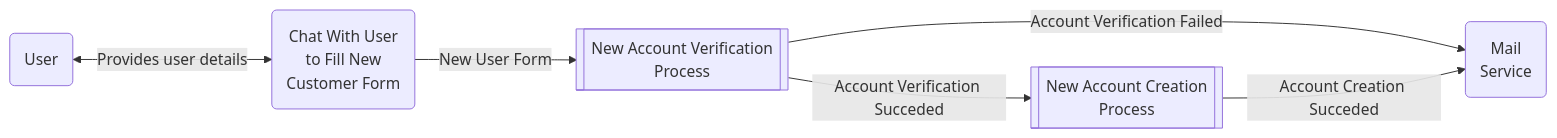
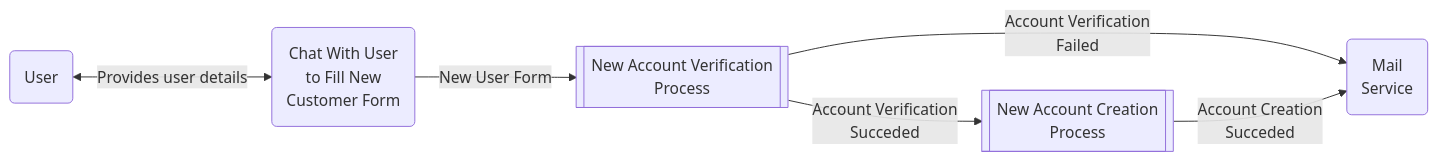
The fourth of 14 diagrams in dotnet/samples/GettingStartedWithProcesses/README.md (microsoft/semantic-kernel), drawn with Mermaid before and after one commit. The commit also changed other lines of this file, not shown here.

Commit message:
updating readme mermaid graphs to not cut off

````diff
--- a/dotnet/samples/GettingStartedWithProcesses/README.md
+++ b/dotnet/samples/GettingStartedWithProcesses/README.md
@@ -108,14 +108,14 @@
 ```mermaid
 flowchart LR
     User(User)
     FillForm(Chat With User <br/> to Fill New <br/> Customer Form)
     NewAccountVerification[[New Account Verification<br/> Process]]
     NewAccountCreation[[New Account Creation<br/> Process]]
     Mailer(Mail <br/> Service)
 
     User<-->|Provides user details|FillForm
     FillForm-->|New User Form|NewAccountVerification
-    NewAccountVerification-->|Account Verification Failed|Mailer
-    NewAccountVerification-->|Account Verification Succeded|NewAccountCreation
-    NewAccountCreation-->|Account Creation Succeded|Mailer
+    NewAccountVerification-->|Account Verification <br/> Failed|Mailer
+    NewAccountVerification-->|Account Verification <br/> Succeded|NewAccountCreation
+    NewAccountCreation-->|Account Creation <br/> Succeded|Mailer
 ```
````
